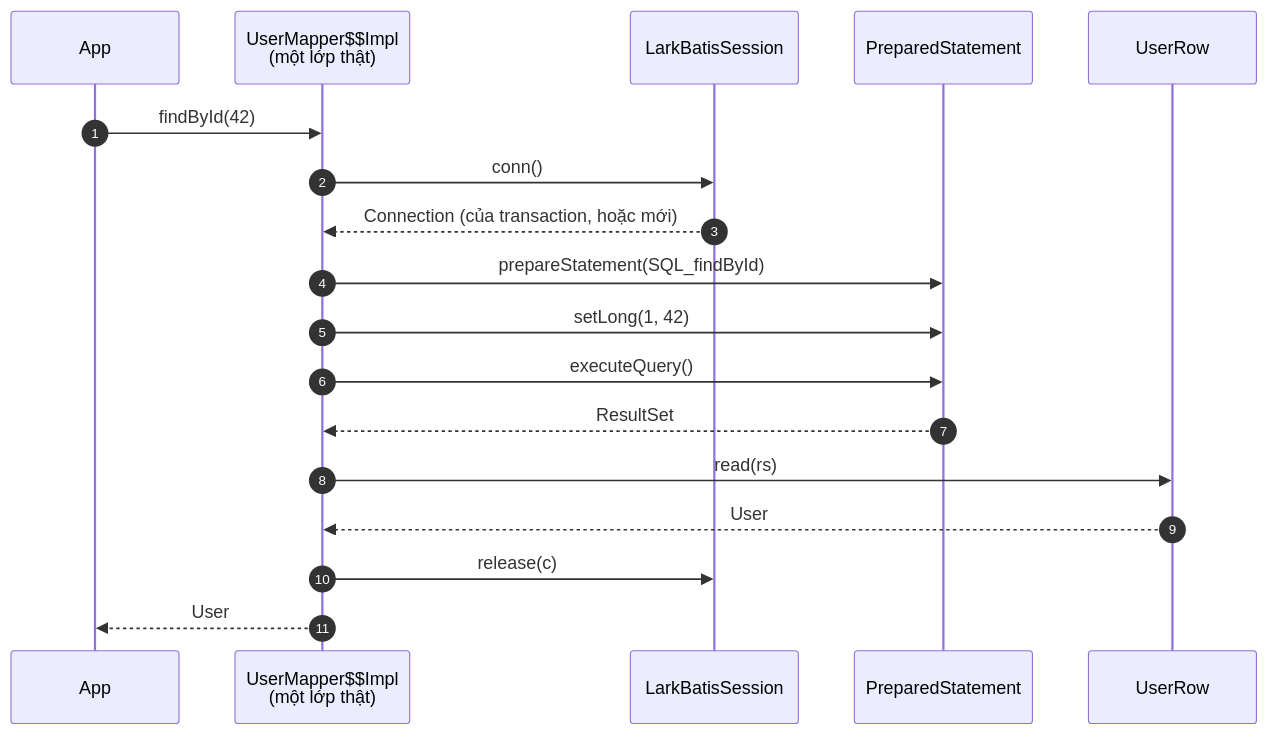
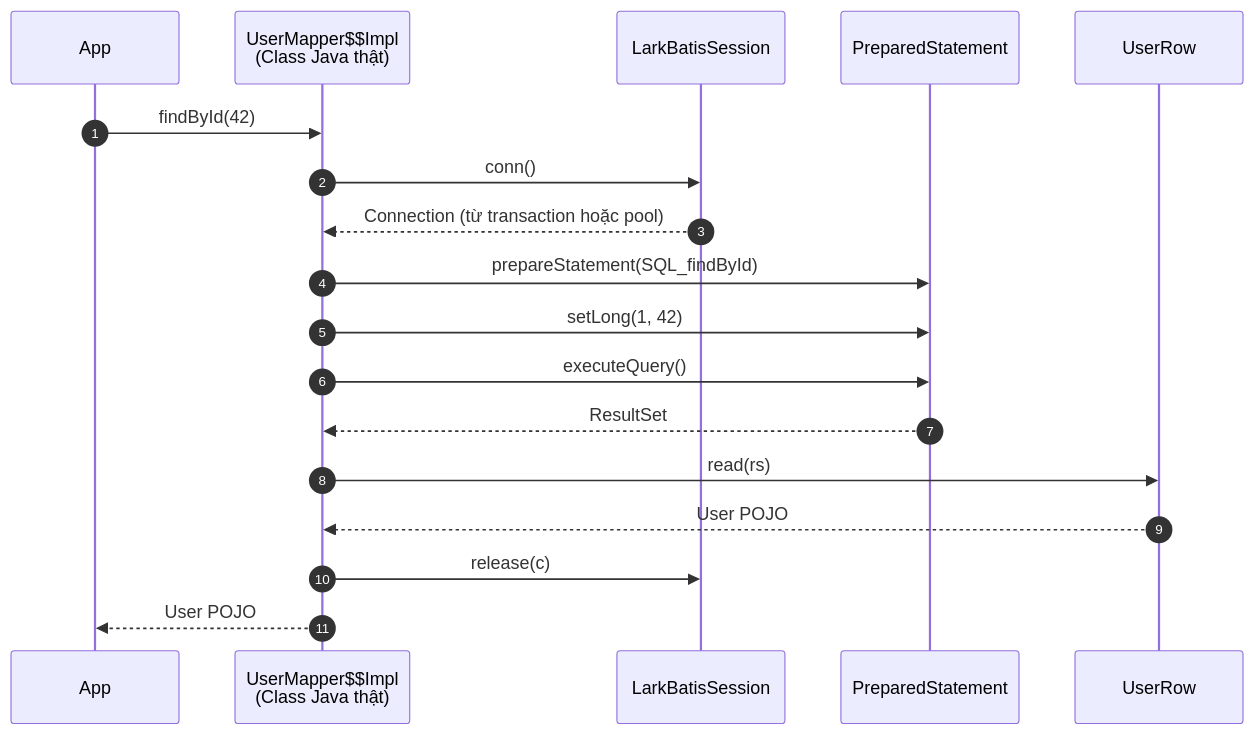
Before and after one commit to larkbatis/larkbatis.github.io: the second of 2 diagrams in docs/wiki/call-flow.vi.md, drawn with Mermaid. The commit also changed other lines of this file and 33 other files, not shown here.

````diff
--- a/docs/wiki/call-flow.vi.md
+++ b/docs/wiki/call-flow.vi.md
@@ -44,20 +42,20 @@
 ```mermaid
 sequenceDiagram
     autonumber
     participant App
-    participant Impl as UserMapper$$Impl<br/>(một lớp thật)
+    participant Impl as UserMapper$$Impl<br/>(Class Java thật)
     participant Sess as LarkBatisSession
     participant JDBC as PreparedStatement
     participant Row as UserRow
     App->>Impl: findById(42)
     Impl->>Sess: conn()
-    Sess-->>Impl: Connection (của transaction, hoặc mới)
+    Sess-->>Impl: Connection (từ transaction hoặc pool)
     Impl->>JDBC: prepareStatement(SQL_findById)
     Impl->>JDBC: setLong(1, 42)
     Impl->>JDBC: executeQuery()
     JDBC-->>Impl: ResultSet
     Impl->>Row: read(rs)
-    Row-->>Impl: User
+    Row-->>Impl: User POJO
     Impl->>Sess: release(c)
-    Impl-->>App: User
+    Impl-->>App: User POJO
 ```
````
